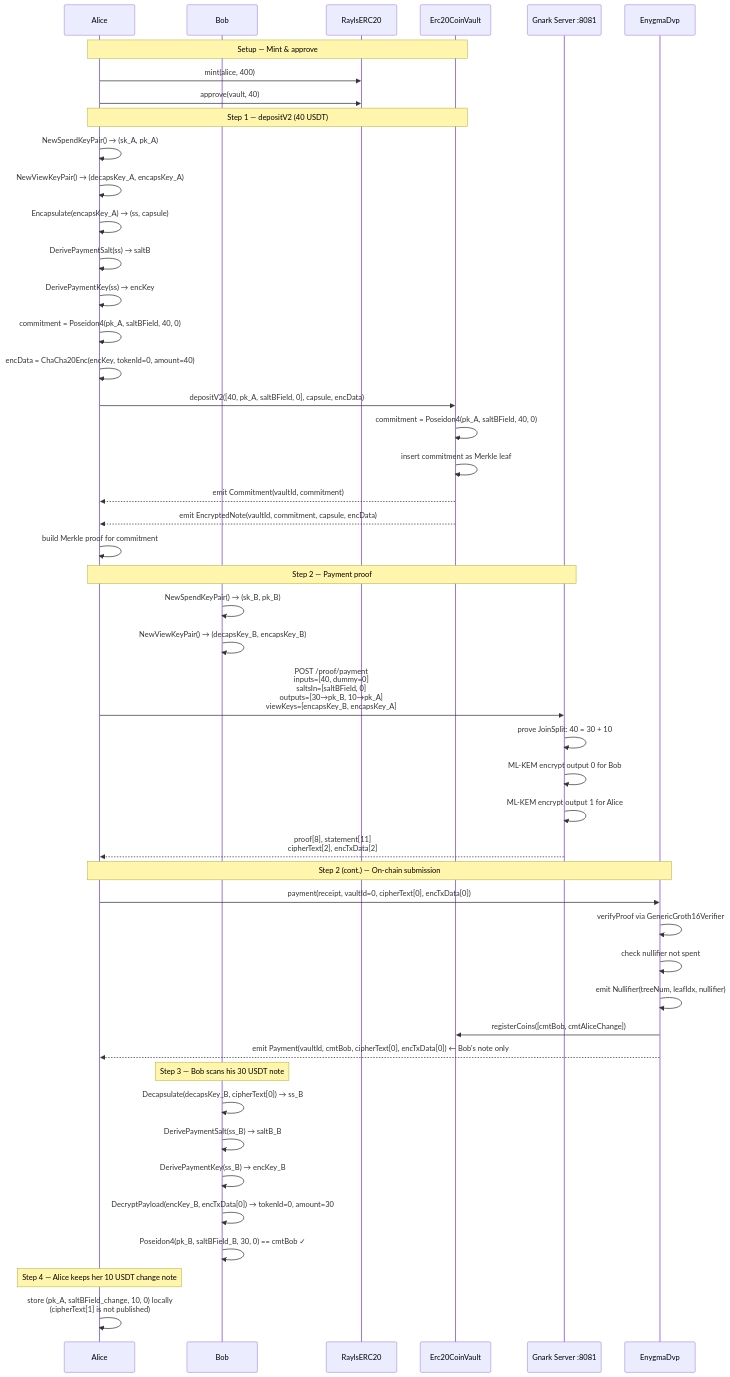
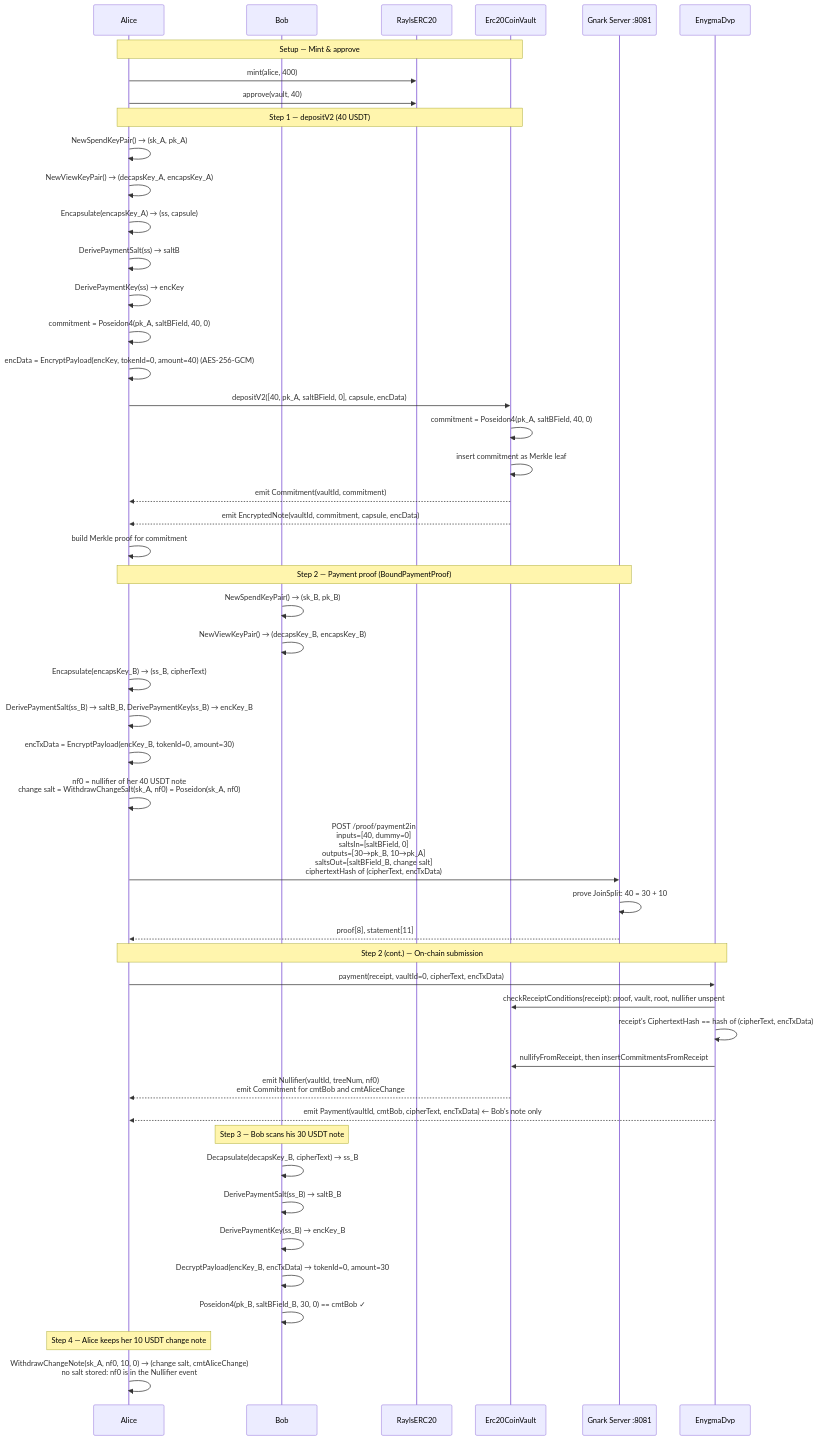
Before and after one commit to raylsnetwork/Enygma: the diagram in enygma_dvp/docs/flows/02_erc20_payment.md, drawn with Mermaid. The commit also changed other lines of this file and 23 other files, not shown here.

````diff
--- a/enygma_dvp/docs/flows/02_erc20_payment.md
+++ b/enygma_dvp/docs/flows/02_erc20_payment.md
@@ -14,55 +16,57 @@
 ```mermaid
 sequenceDiagram
     participant Alice
     participant Bob
     participant ERC20 as RaylsERC20
     participant Vault as Erc20CoinVault
     participant GnarkServer as Gnark Server :8081
     participant DVP as EnygmaDvp
 
     Note over Alice,Vault: Setup — Mint & approve
     Alice->>ERC20: mint(alice, 400)
     Alice->>ERC20: approve(vault, 40)
 
     Note over Alice,Vault: Step 1 — depositV2 (40 USDT)
     Alice->>Alice: NewSpendKeyPair() → (sk_A, pk_A)
     Alice->>Alice: NewViewKeyPair() → (decapsKey_A, encapsKey_A)
     Alice->>Alice: Encapsulate(encapsKey_A) → (ss, capsule)
     Alice->>Alice: DerivePaymentSalt(ss) → saltB
     Alice->>Alice: DerivePaymentKey(ss) → encKey
     Alice->>Alice: commitment = Poseidon4(pk_A, saltBField, 40, 0)
-    Alice->>Alice: encData = ChaCha20Enc(encKey, tokenId=0, amount=40)
+    Alice->>Alice: encData = EncryptPayload(encKey, tokenId=0, amount=40) (AES-256-GCM)
     Alice->>Vault: depositV2([40, pk_A, saltBField, 0], capsule, encData)
     Vault->>Vault: commitment = Poseidon4(pk_A, saltBField, 40, 0)
     Vault->>Vault: insert commitment as Merkle leaf
     Vault-->>Alice: emit Commitment(vaultId, commitment)
     Vault-->>Alice: emit EncryptedNote(vaultId, commitment, capsule, encData)
     Alice->>Alice: build Merkle proof for commitment
 
-    Note over Alice,GnarkServer: Step 2 — Payment proof
+    Note over Alice,GnarkServer: Step 2 — Payment proof (BoundPaymentProof)
     Bob->>Bob: NewSpendKeyPair() → (sk_B, pk_B)
     Bob->>Bob: NewViewKeyPair() → (decapsKey_B, encapsKey_B)
-    Alice->>GnarkServer: POST /proof/payment<br/>inputs=[40, dummy=0]<br/>saltsIn=[saltBField, 0]<br/>outputs=[30→pk_B, 10→pk_A]<br/>viewKeys=[encapsKey_B, encapsKey_A]
+    Alice->>Alice: Encapsulate(encapsKey_B) → (ss_B, cipherText)
+    Alice->>Alice: DerivePaymentSalt(ss_B) → saltB_B, DerivePaymentKey(ss_B) → encKey_B
+    Alice->>Alice: encTxData = EncryptPayload(encKey_B, tokenId=0, amount=30)
+    Alice->>Alice: nf0 = nullifier of her 40 USDT note<br/>change salt = WithdrawChangeSalt(sk_A, nf0) = Poseidon(sk_A, nf0)
+    Alice->>GnarkServer: POST /proof/payment2in<br/>inputs=[40, dummy=0]<br/>saltsIn=[saltBField, 0]<br/>outputs=[30→pk_B, 10→pk_A]<br/>saltsOut=[saltBField_B, change salt]<br/>ciphertextHash of (cipherText, encTxData)
     GnarkServer->>GnarkServer: prove JoinSplit: 40 = 30 + 10
-    GnarkServer->>GnarkServer: ML-KEM encrypt output 0 for Bob
-    GnarkServer->>GnarkServer: ML-KEM encrypt output 1 for Alice
-    GnarkServer-->>Alice: proof[8], statement[11]<br/>cipherText[2], encTxData[2]
+    GnarkServer-->>Alice: proof[8], statement[11]
 
     Note over Alice,DVP: Step 2 (cont.) — On-chain submission
-    Alice->>DVP: payment(receipt, vaultId=0, cipherText[0], encTxData[0])
-    DVP->>DVP: verifyProof via GenericGroth16Verifier
-    DVP->>DVP: check nullifier not spent
-    DVP->>DVP: emit Nullifier(treeNum, leafIdx, nullifier)
-    DVP->>Vault: registerCoins([cmtBob, cmtAliceChange])
-    DVP-->>Alice: emit Payment(vaultId, cmtBob, cipherText[0], encTxData[0])  ← Bob's note only
+    Alice->>DVP: payment(receipt, vaultId=0, cipherText, encTxData)
+    DVP->>Vault: checkReceiptConditions(receipt): proof, vault, root, nullifier unspent
+    DVP->>DVP: receipt's CiphertextHash == hash of (cipherText, encTxData)
+    DVP->>Vault: nullifyFromReceipt, then insertCommitmentsFromReceipt
+    Vault-->>Alice: emit Nullifier(vaultId, treeNum, nf0)<br/>emit Commitment for cmtBob and cmtAliceChange
+    DVP-->>Alice: emit Payment(vaultId, cmtBob, cipherText, encTxData)  ← Bob's note only
 
     Note over Bob: Step 3 — Bob scans his 30 USDT note
-    Bob->>Bob: Decapsulate(decapsKey_B, cipherText[0]) → ss_B
+    Bob->>Bob: Decapsulate(decapsKey_B, cipherText) → ss_B
     Bob->>Bob: DerivePaymentSalt(ss_B) → saltB_B
     Bob->>Bob: DerivePaymentKey(ss_B) → encKey_B
-    Bob->>Bob: DecryptPayload(encKey_B, encTxData[0]) → tokenId=0, amount=30
+    Bob->>Bob: DecryptPayload(encKey_B, encTxData) → tokenId=0, amount=30
     Bob->>Bob: Poseidon4(pk_B, saltBField_B, 30, 0) == cmtBob ✓
 
     Note over Alice: Step 4 — Alice keeps her 10 USDT change note
-    Alice->>Alice: store (pk_A, saltBField_change, 10, 0) locally<br/>(cipherText[1] is not published)
+    Alice->>Alice: WithdrawChangeNote(sk_A, nf0, 10, 0) → (change salt, cmtAliceChange)<br/>no salt stored: nf0 is in the Nullifier event
 ```
````
